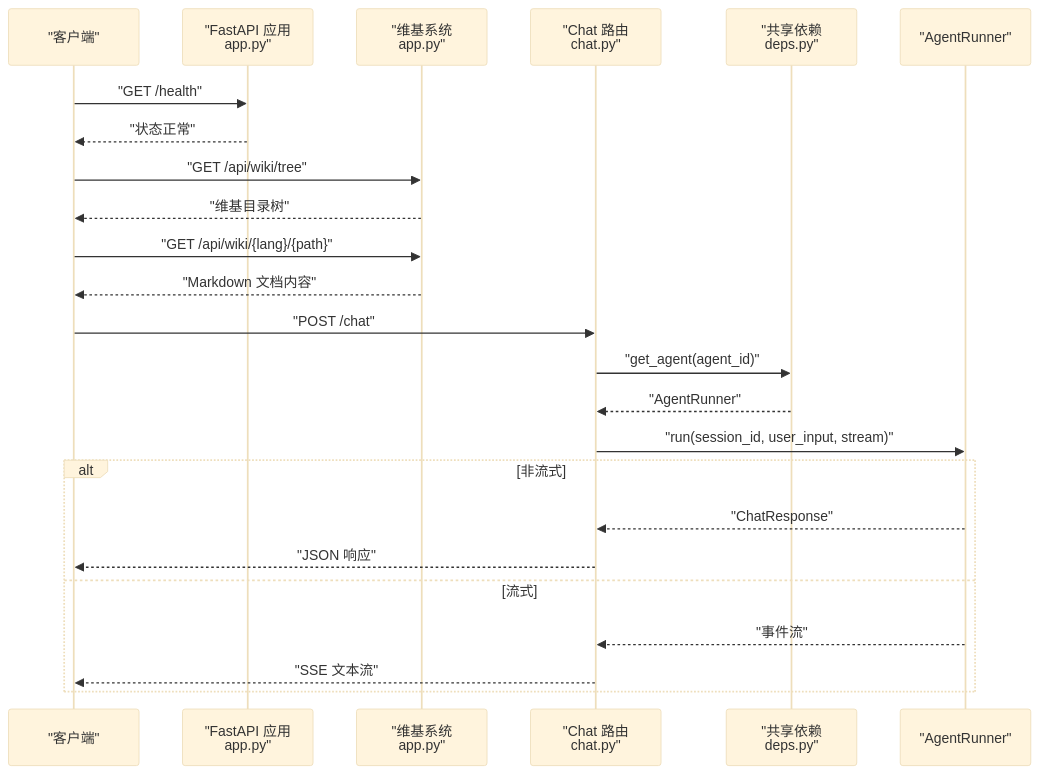
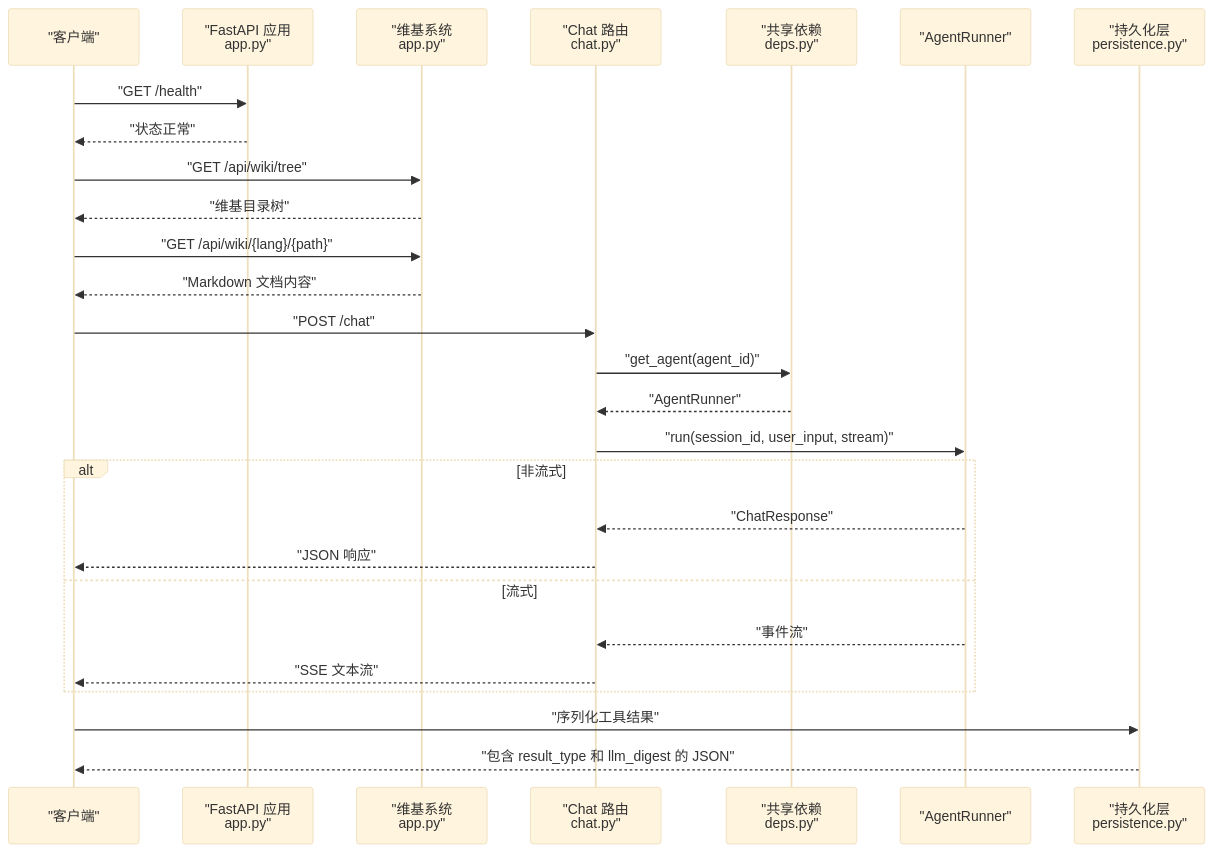
The second of 14 diagrams in repowiki/zh/content/API 接口文档/API 接口文档.md (YU-JI-KUI/ark-agentic), drawn with Mermaid (base theme) before and after one commit. The commit also changed other lines of this file and 6 other files, not shown here.

Commit message:
update doc and add mermaid js

````diff
--- a/repowiki/zh/content/API 接口文档/API 接口文档.md
+++ b/repowiki/zh/content/API 接口文档/API 接口文档.md
@@ -125,26 +139,29 @@
 ```mermaid
 sequenceDiagram
 participant Client as "客户端"
 participant App as "FastAPI 应用<br/>app.py"
 participant Wiki as "维基系统<br/>app.py"
 participant Chat as "Chat 路由<br/>chat.py"
 participant Deps as "共享依赖<br/>deps.py"
 participant Agent as "AgentRunner"
+participant Persistence as "持久化层<br/>persistence.py"
 Client->>App : "GET /health"
 App-->>Client : "状态正常"
 Client->>Wiki : "GET /api/wiki/tree"
 Wiki-->>Client : "维基目录树"
 Client->>Wiki : "GET /api/wiki/{lang}/{path}"
 Wiki-->>Client : "Markdown 文档内容"
 Client->>Chat : "POST /chat"
 Chat->>Deps : "get_agent(agent_id)"
 Deps-->>Chat : "AgentRunner"
 Chat->>Agent : "run(session_id, user_input, stream)"
 alt 非流式
 Agent-->>Chat : "ChatResponse"
 Chat-->>Client : "JSON 响应"
 else 流式
 Agent-->>Chat : "事件流"
 Chat-->>Client : "SSE 文本流"
 end
+Client->>Persistence : "序列化工具结果"
+Persistence-->>Client : "包含 result_type 和 llm_digest 的 JSON"
 ```
````
